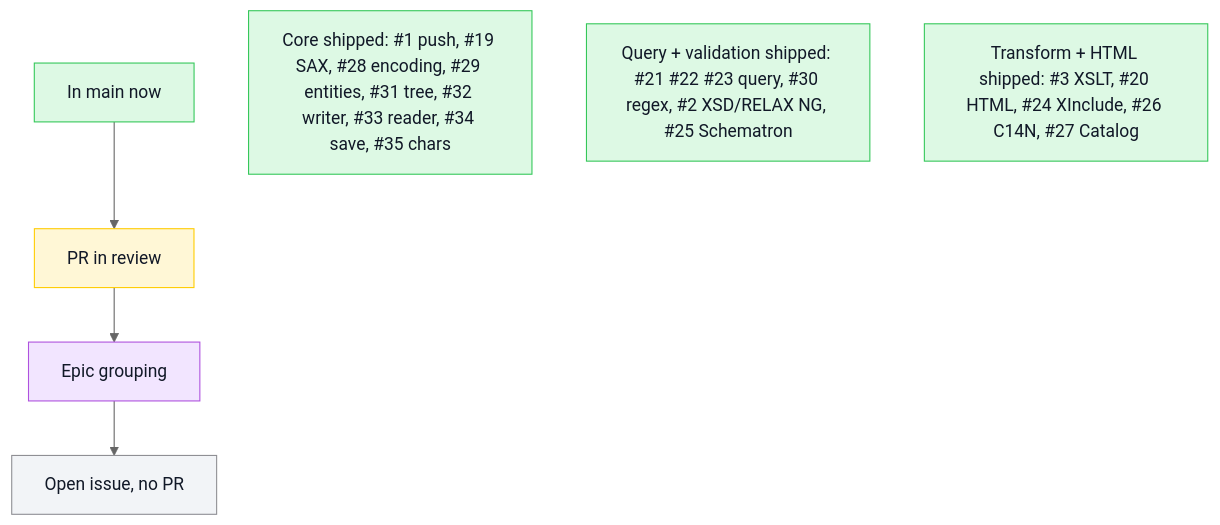
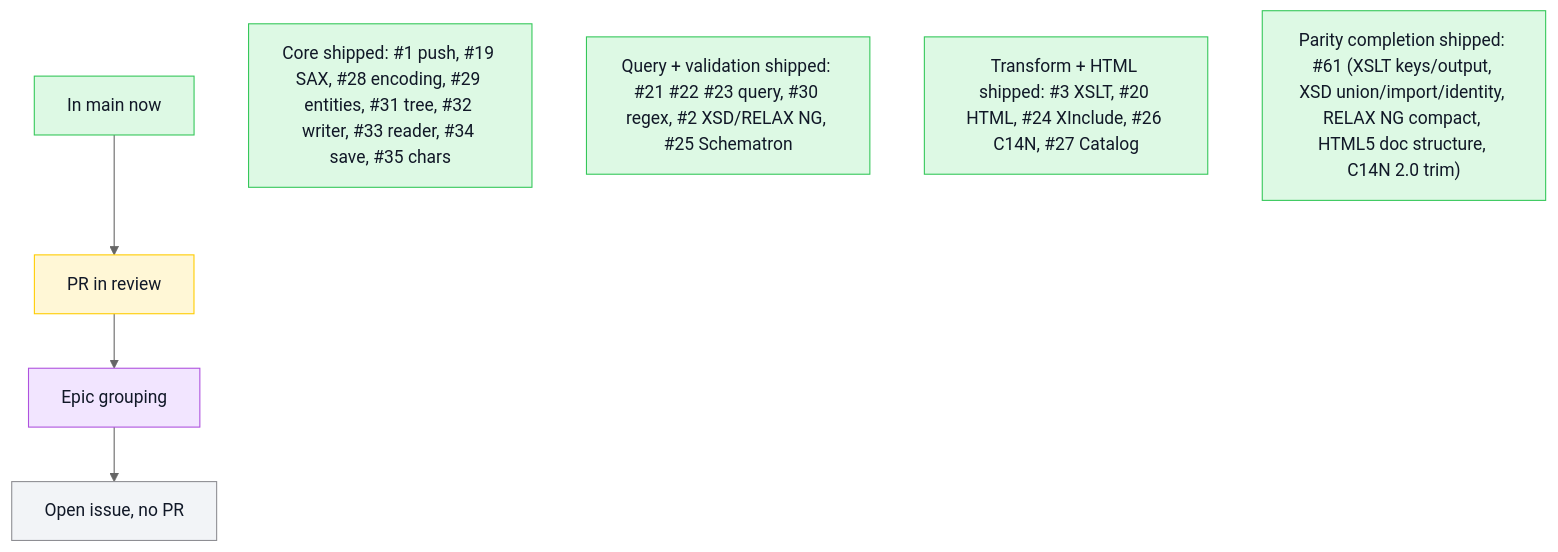
One commit to mihaelamj/PureXML changed the first of 2 diagrams in README.md. Above: the diagram before and after it, drawn with Mermaid (neutral theme). The commit also changed other lines of this file, not shown here.

First line of the commit message:
docs(roadmap): collapse #61 to done, add #71 beyond-parity gap epic

````diff
--- a/README.md
+++ b/README.md
@@ -30,17 +30,18 @@
 ```mermaid
 flowchart TB
   classDef done fill:#ddf9e4,stroke:#34c759,color:#111827
   classDef review fill:#fff7d6,stroke:#ffcc00,color:#111827
   classDef epic fill:#f2e5ff,stroke:#af52de,color:#111827
   classDef todo fill:#f2f4f7,stroke:#8e8e93,color:#111827
   LDone["In main now"]:::done
   LReview["PR in review"]:::review
   LEpic["Epic grouping"]:::epic
   LTodo["Open issue, no PR"]:::todo
   Core["Core shipped: #1 push, #19 SAX, #28 encoding, #29 entities, #31 tree, #32 writer, #33 reader, #34 save, #35 chars"]:::done
   Query["Query + validation shipped: #21 #22 #23 query, #30 regex, #2 XSD/RELAX NG, #25 Schematron"]:::done
   Transform["Transform + HTML shipped: #3 XSLT, #20 HTML, #24 XInclude, #26 C14N, #27 Catalog"]:::done
+  Parity["Parity completion shipped: #61 (XSLT keys/output, XSD union/import/identity, RELAX NG compact, HTML5 doc structure, C14N 2.0 trim)"]:::done
   LDone --> LReview
   LReview --> LEpic
   LEpic --> LTodo
 ```
````
